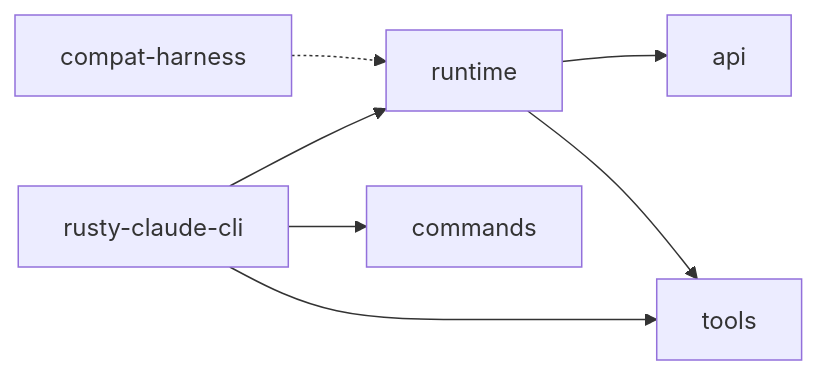
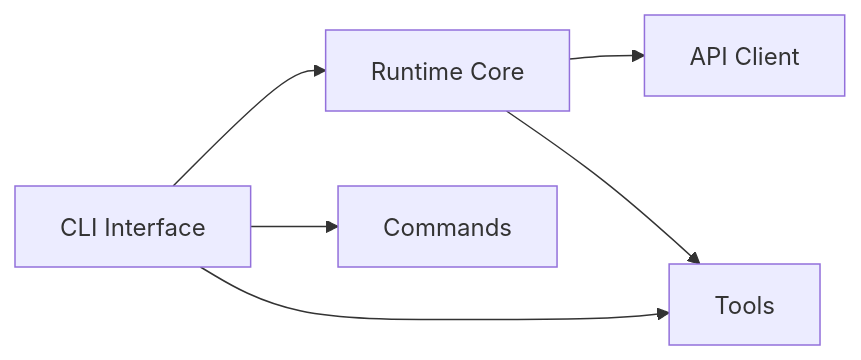
The second of 4 diagrams in docs/00-architecture-overview/README.md (Luxshan2000/inside-claude-code), drawn with Mermaid before and after one commit. The commit also changed other lines of this file and 12 other files, not shown here.

First line of the commit message:
Clean up: Remove code-specific references, keep pure architecture concepts

````diff
--- a/docs/00-architecture-overview/README.md
+++ b/docs/00-architecture-overview/README.md
@@ -54,9 +54,8 @@
 ```mermaid
 graph LR
-    CLI["rusty-claude-cli"] --> RT["runtime"]
-    CLI --> CMDS["commands"]
-    CLI --> TOOLS["tools"]
-    RT --> API["api"]
+    CLI["CLI Interface"] --> RT["Runtime Core"]
+    CLI --> CMDS["Commands"]
+    CLI --> TOOLS["Tools"]
+    RT --> API["API Client"]
     RT --> TOOLS
-    COMPAT["compat-harness"] -.-> RT
 ```
````
